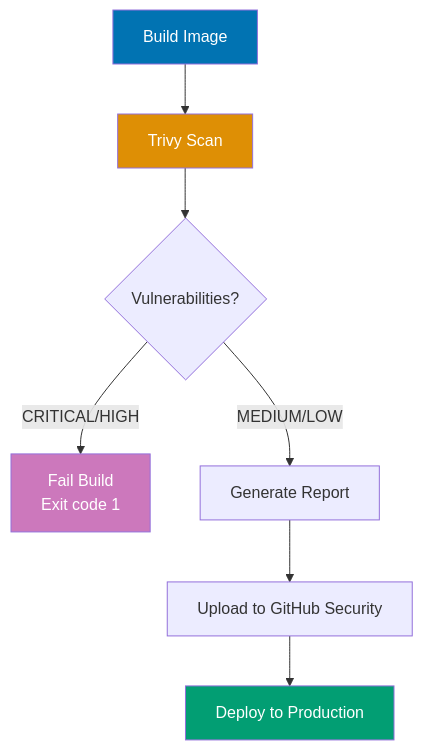
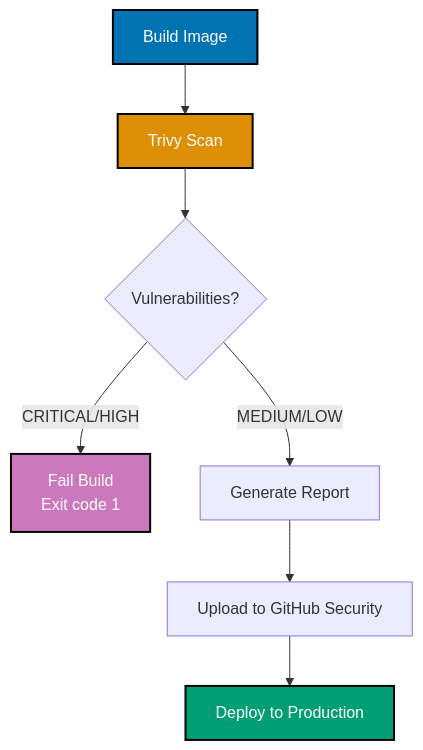
One commit to wahidyankf/open-sharia-enterprise changed the fourth of 14 diagrams in apps/ayokoding-web/content/en/learn/software-engineering/infrastructure/tools/docker/by-example/advanced.md. Above: the diagram before and after it, drawn with Mermaid. The commit also changed other lines of this file and 25 other files, not shown here.

````diff
--- a/apps/ayokoding-web/content/en/learn/software-engineering/infrastructure/tools/docker/by-example/advanced.md
+++ b/apps/ayokoding-web/content/en/learn/software-engineering/infrastructure/tools/docker/by-example/advanced.md
@@ -843,15 +846,16 @@
 ```mermaid
+%% Color Palette: Blue #0173B2, Orange #DE8F05, Teal #029E73, Purple #CC78BC, Brown #CA9161
 %% Image scanning flow
 graph TD
  A["Build Image"] --> B["Trivy Scan"]
  B --> C{Vulnerabilities?}
  C -->|CRITICAL/HIGH| D["Fail Build<br/>Exit code 1"]
  C -->|MEDIUM/LOW| E["Generate Report"]
  E --> F["Upload to GitHub Security"]
  F --> G["Deploy to Production"]
 
- style A fill:#0173B2,color:#fff
- style B fill:#DE8F05,color:#fff
- style D fill:#CC78BC,color:#fff
- style G fill:#029E73,color:#fff
+ style A fill:#0173B2,stroke:#000000,stroke-width:2px,color:#fff
+ style B fill:#DE8F05,stroke:#000000,stroke-width:2px,color:#fff
+ style D fill:#CC78BC,stroke:#000000,stroke-width:2px,color:#fff
+ style G fill:#029E73,stroke:#000000,stroke-width:2px,color:#fff
 ```
````
